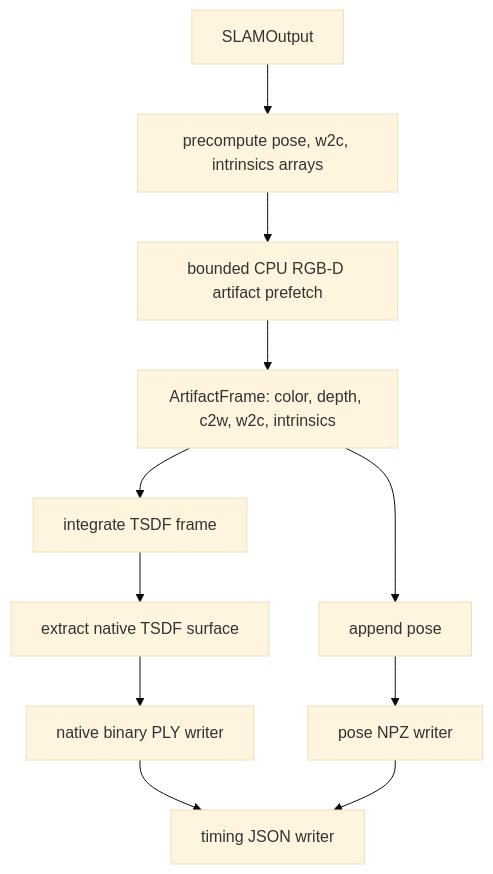
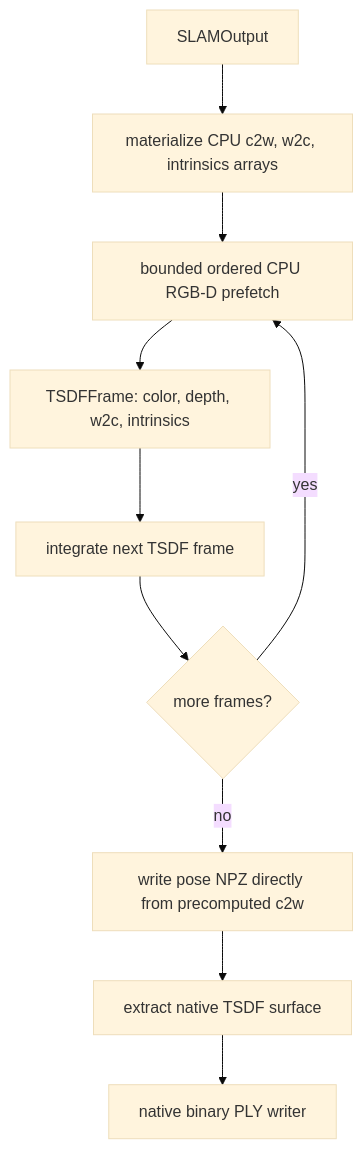
Before and after one commit to sadanand1120/vipe: the fifth of 5 diagrams in fullexplain.md, drawn with Mermaid (base theme). The commit also changed other lines of this file and 19 other files, not shown here.

Commit message:
Lean runtime stream and pipeline flow

````diff
--- a/fullexplain.md
+++ b/fullexplain.md
@@ -795,13 +555,12 @@
 ```mermaid
 flowchart TD
-    A[SLAMOutput] --> B[precompute pose, w2c, intrinsics arrays]
-    B --> C[bounded CPU RGB-D artifact prefetch]
-    C --> D[ArtifactFrame: color, depth, c2w, w2c, intrinsics]
-    D --> E[append pose]
-    D --> F[integrate TSDF frame]
-    F --> G[extract native TSDF surface]
-    G --> H[native binary PLY writer]
-    E --> I[pose NPZ writer]
-    H --> J[timing JSON writer]
-    I --> J
+    A[SLAMOutput] --> B[materialize CPU c2w, w2c, intrinsics arrays]
+    B --> C[bounded ordered CPU RGB-D prefetch]
+    C --> D[TSDFFrame: color, depth, w2c, intrinsics]
+    D --> E[integrate next TSDF frame]
+    E --> F{more frames?}
+    F -->|yes| C
+    F -->|no| G[write pose NPZ directly from precomputed c2w]
+    G --> H[extract native TSDF surface]
+    H --> I[native binary PLY writer]
 ```
````
